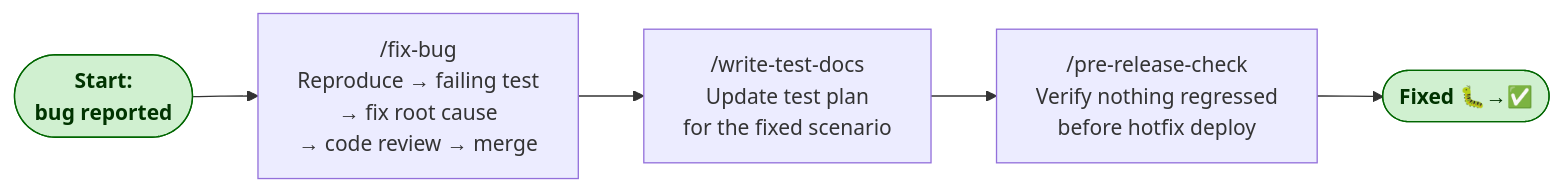
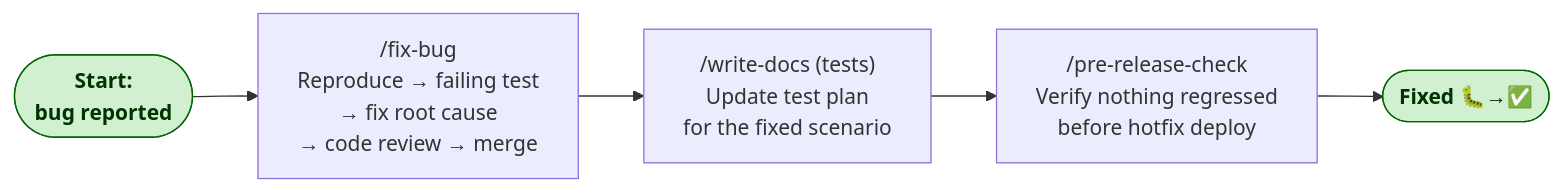
One commit to VladislavSournine/vladyslav-skills changed the fourth of 5 diagrams in docs/diagrams/workflows.md. Above: the diagram before and after it, drawn with Mermaid. The commit also changed other lines of this file and 26 other files, not shown here.

````diff
--- a/docs/diagrams/workflows.md
+++ b/docs/diagrams/workflows.md
@@ -69,11 +68,11 @@
 ```mermaid
 flowchart LR
     A([Start:\nbug reported]):::start
     A --> B["/fix-bug\nReproduce → failing test\n→ fix root cause\n→ code review → merge"]
-    B --> C["/write-test-docs\nUpdate test plan\nfor the fixed scenario"]
+    B --> C["/write-docs (tests)\nUpdate test plan\nfor the fixed scenario"]
     C --> D["/pre-release-check\nVerify nothing regressed\nbefore hotfix deploy"]
     D --> E([Fixed 🐛→✅]):::done
 
     classDef start fill:#d0f0d0,stroke:#006600,color:#003300,font-weight:bold
     classDef done  fill:#d0f0d0,stroke:#006600,color:#003300,font-weight:bold
 ```
````
